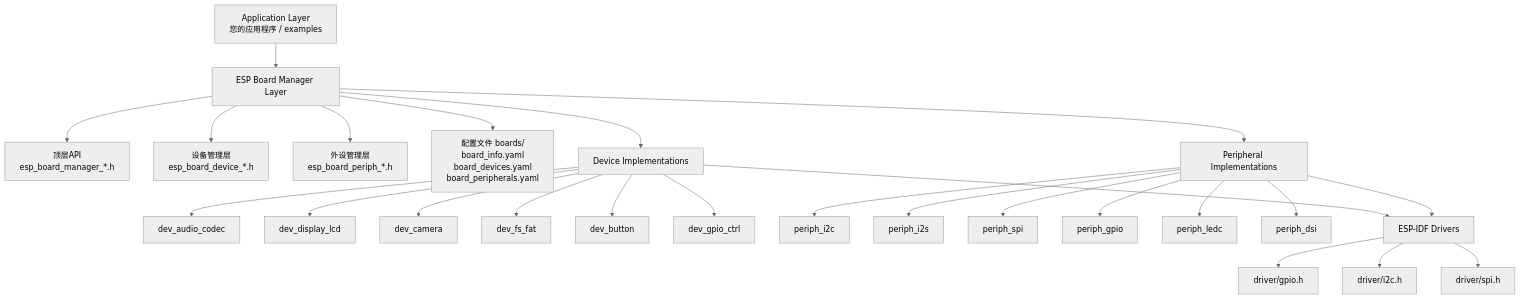
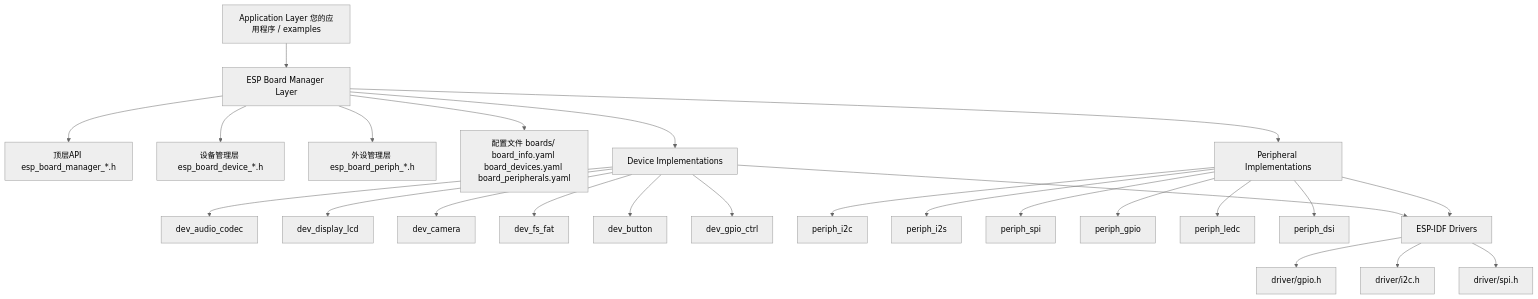
One commit to diskman88/gmf_board_manager_docs changed the ninth of 9 diagrams in index.md. Above: the diagram before and after it, drawn with Mermaid (neutral theme). The commit also changed other lines of this file, not shown here.

````diff
--- a/index.md
+++ b/index.md
@@ -1050,31 +761,31 @@
 ```mermaid
 graph TD
-    A[Application Layer\n您的应用程序 / examples] --> B[ESP Board Manager Layer]
+    A[Application Layer 您的应用程序 / examples] --> B[ESP Board Manager Layer]
     
-    B --> B1[顶层API\nesp_board_manager_*.h]
-    B --> B2[设备管理层\nesp_board_device_*.h]
-    B --> B3[外设管理层\nesp_board_periph_*.h]
-    B --> B4[配置文件 boards/\nboard_info.yaml\nboard_devices.yaml\nboard_peripherals.yaml]
+    B --> B1[顶层API esp_board_manager_*.h]
+    B --> B2[设备管理层 esp_board_device_*.h]
+    B --> B3[外设管理层 esp_board_periph_*.h]
+    B --> B4[配置文件 boards/ board_info.yaml board_devices.yaml board_peripherals.yaml]
     
     B --> C[Device Implementations]
     C --> C1[dev_audio_codec]
     C --> C2[dev_display_lcd]
     C --> C3[dev_camera]
     C --> C4[dev_fs_fat]
     C --> C5[dev_button]
     C --> C6[dev_gpio_ctrl]
     
     B --> D[Peripheral Implementations]
     D --> D1[periph_i2c]
     D --> D2[periph_i2s]
     D --> D3[periph_spi]
     D --> D4[periph_gpio]
     D --> D5[periph_ledc]
     D --> D6[periph_dsi]
     
     C --> E[ESP-IDF Drivers]
     D --> E
     E --> E1[driver/gpio.h]
     E --> E2[driver/i2c.h]
     E --> E3[driver/spi.h]
 ```
````
